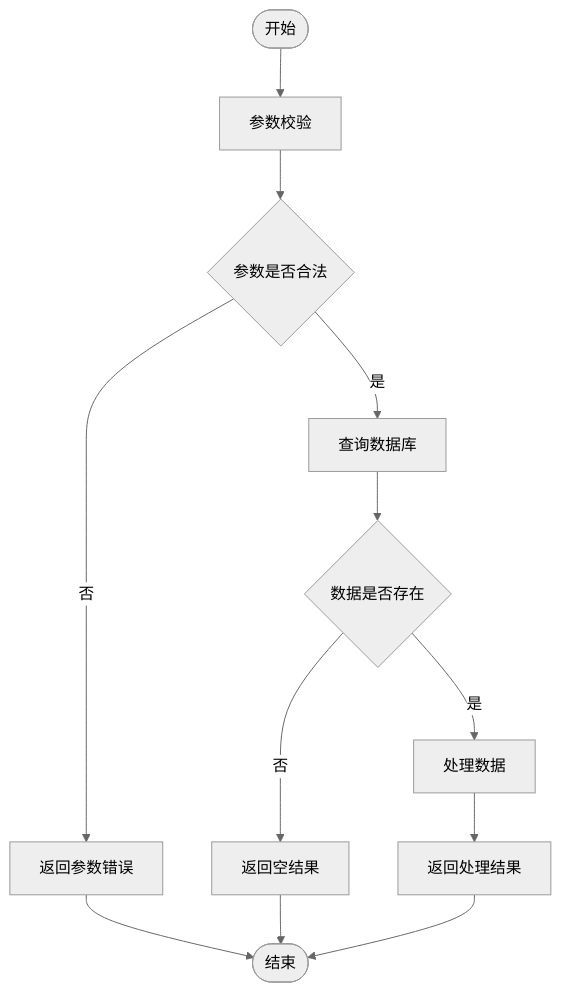
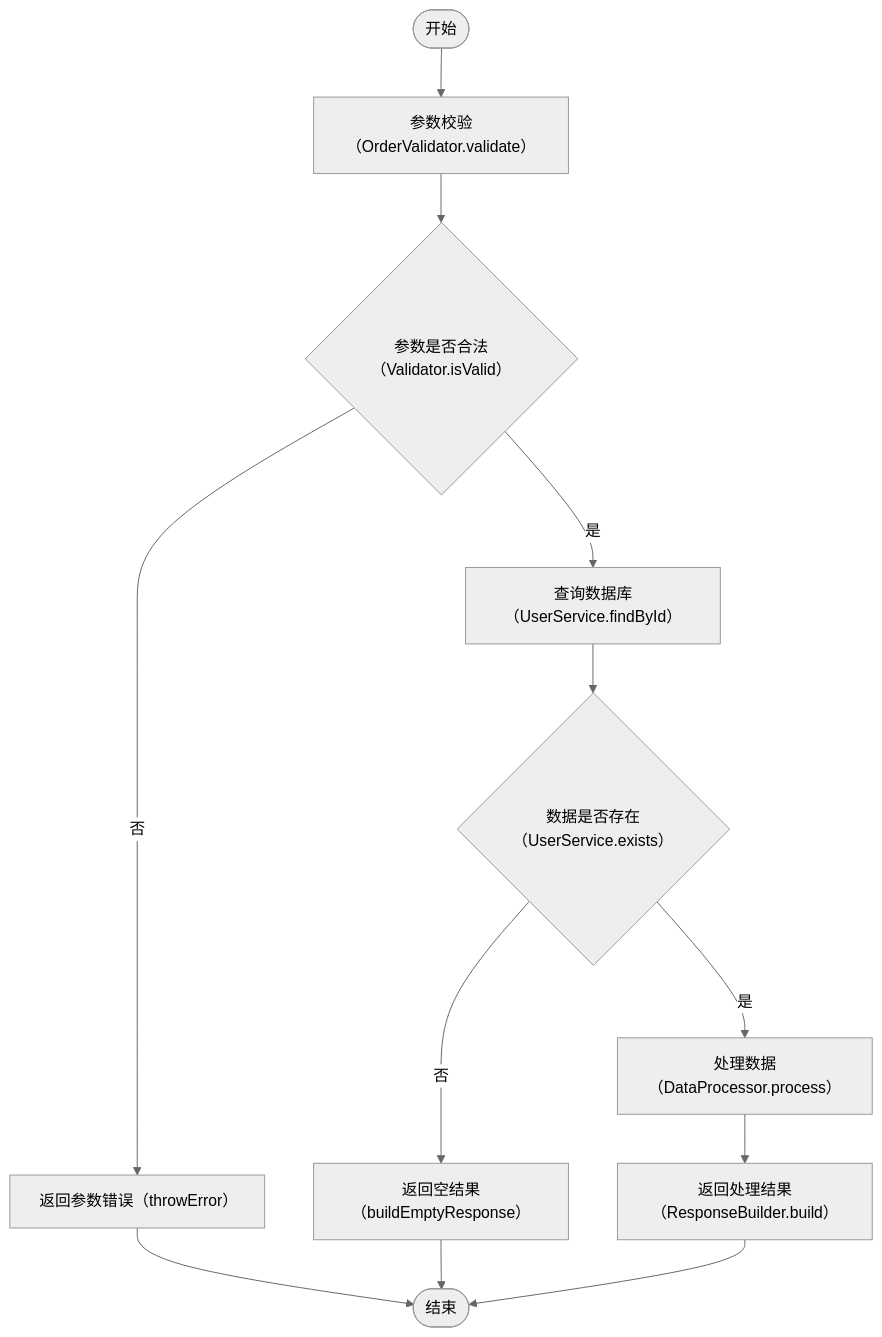
One commit to syntax-ghost-x/skill-vault changed the diagram in code-weave/SKILL.md. Above: the diagram before and after it, drawn with Mermaid (neutral theme). The commit also changed other lines of this file and 1 other file, not shown here.

````diff
--- a/code-weave/SKILL.md
+++ b/code-weave/SKILL.md
@@ -41,14 +47,14 @@
 ```mermaid
 flowchart TD
-    Start([开始]) --> Validate[参数校验]
-    Validate --> Check{参数是否合法}
-    Check -->|是| QueryDB[查询数据库]
-    Check -->|否| ReturnErr[返回参数错误]
-    QueryDB --> Exists{数据是否存在}
-    Exists -->|是| Process[处理数据]
-    Exists -->|否| ReturnEmpty[返回空结果]
-    Process --> ReturnResult[返回处理结果]
+    Start([开始]) --> Validate[参数校验（OrderValidator.validate）]
+    Validate --> Check{参数是否合法（Validator.isValid）}
+    Check -->|是| QueryDB[查询数据库（UserService.findById）]
+    Check -->|否| ReturnErr[返回参数错误（throwError）]
+    QueryDB --> Exists{数据是否存在（UserService.exists）}
+    Exists -->|是| Process[处理数据（DataProcessor.process）]
+    Exists -->|否| ReturnEmpty[返回空结果（buildEmptyResponse）]
+    Process --> ReturnResult[返回处理结果（ResponseBuilder.build）]
     ReturnErr --> End([结束])
     ReturnEmpty --> End
     ReturnResult --> End
 ```
````
